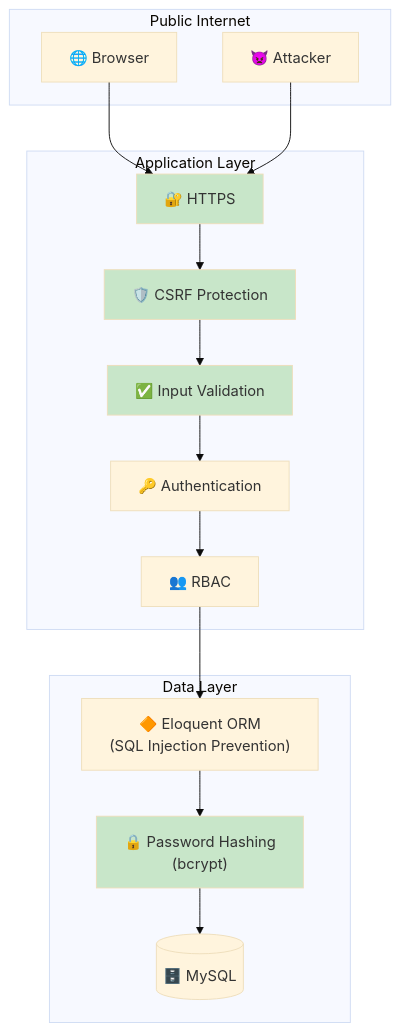
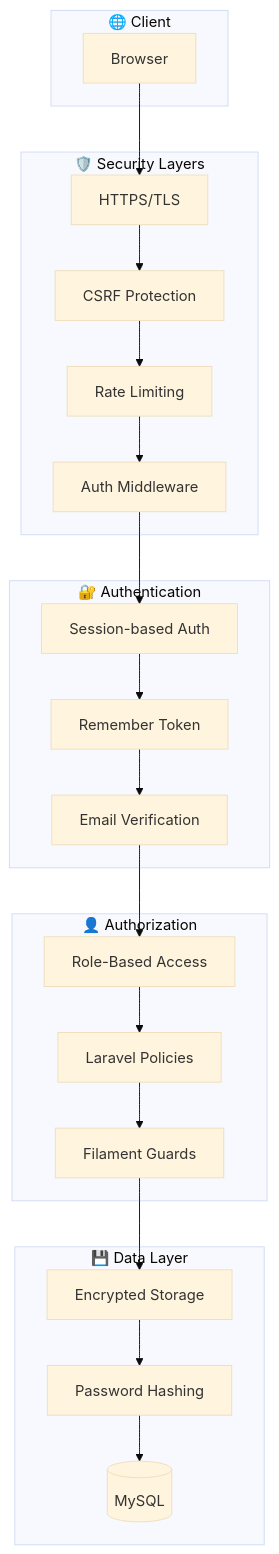
One commit to mustarisyahding07-spec/WEBSITE_SKRIPSI_MUSTARI changed the first of 2 diagrams in docs/SECURITY_SYSTEM.md. Above: the diagram before and after it, drawn with Mermaid (base theme). The commit also changed other lines of this file and 7 other files, not shown here.

````diff
--- a/docs/SECURITY_SYSTEM.md
+++ b/docs/SECURITY_SYSTEM.md
@@ -21,36 +24,48 @@
 ```mermaid
 graph TD
-    subgraph "Public Internet"
-        Browser["🌐 Browser"]
-        Attacker["👿 Attacker"]
+    subgraph "🌐 Client"
+        Browser[Browser]
     end
-
-    subgraph "Application Layer"
-        HTTPS["🔐 HTTPS"]
-        CSRF["🛡️ CSRF Protection"]
-        Validate["✅ Input Validation"]
-        Auth["🔑 Authentication"]
-        RBAC["👥 RBAC"]
+    
+    subgraph "🛡️ Security Layers"
+        HTTPS[HTTPS/TLS]
+        CSRF[CSRF Protection]
+        RateLimit[Rate Limiting]
+        Middleware[Auth Middleware]
     end
-
-    subgraph "Data Layer"
-        Eloquent["🔶 Eloquent ORM<br/>(SQL Injection Prevention)"]
-        Hash["🔒 Password Hashing<br/>(bcrypt)"]
-        DB[("🗄️ MySQL")]
+    
+    subgraph "🔐 Authentication"
+        Session[Session-based Auth]
+        Remember[Remember Token]
+        Verify[Email Verification]
     end
-
+    
+    subgraph "👤 Authorization"
+        RBAC[Role-Based Access]
+        Policies[Laravel Policies]
+        Filament[Filament Guards]
+    end
+    
+    subgraph "💾 Data Layer"
+        Encryption[Encrypted Storage]
+        Hashing[Password Hashing]
+        Database[(MySQL)]
+    end
+    
     Browser --> HTTPS
-    Attacker --> HTTPS
     HTTPS --> CSRF
-    CSRF --> Validate
-    Validate --> Auth
-    Auth --> RBAC
-    RBAC --> Eloquent
-    Eloquent --> Hash
-    Hash --> DB
-
-    style HTTPS fill:#c8e6c9
-    style CSRF fill:#c8e6c9
-    style Validate fill:#c8e6c9
-    style Hash fill:#c8e6c9
+    CSRF --> RateLimit
+    RateLimit --> Middleware
+    
+    Middleware --> Session
+    Session --> Remember
+    Remember --> Verify
+    
+    Verify --> RBAC
+    RBAC --> Policies
+    Policies --> Filament
+    
+    Filament --> Encryption
+    Encryption --> Hashing
+    Hashing --> Database
 ```
````
